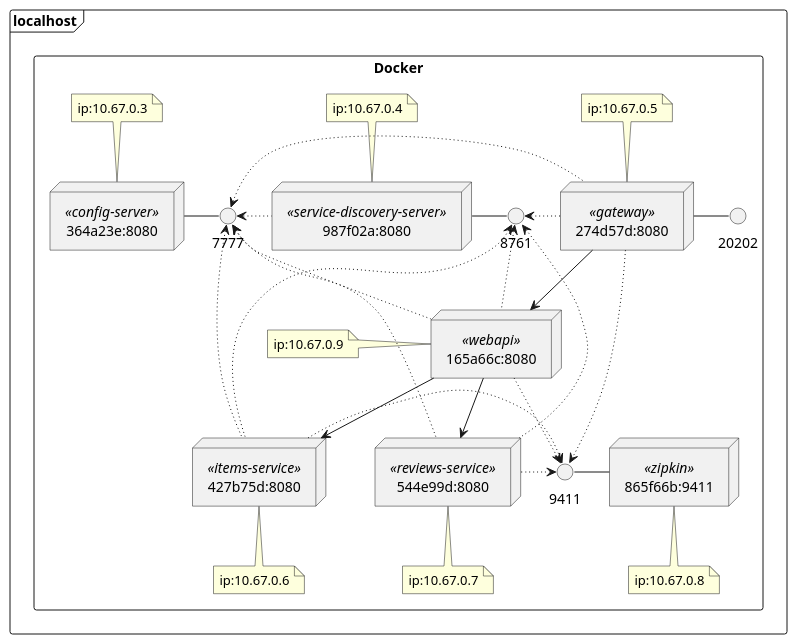
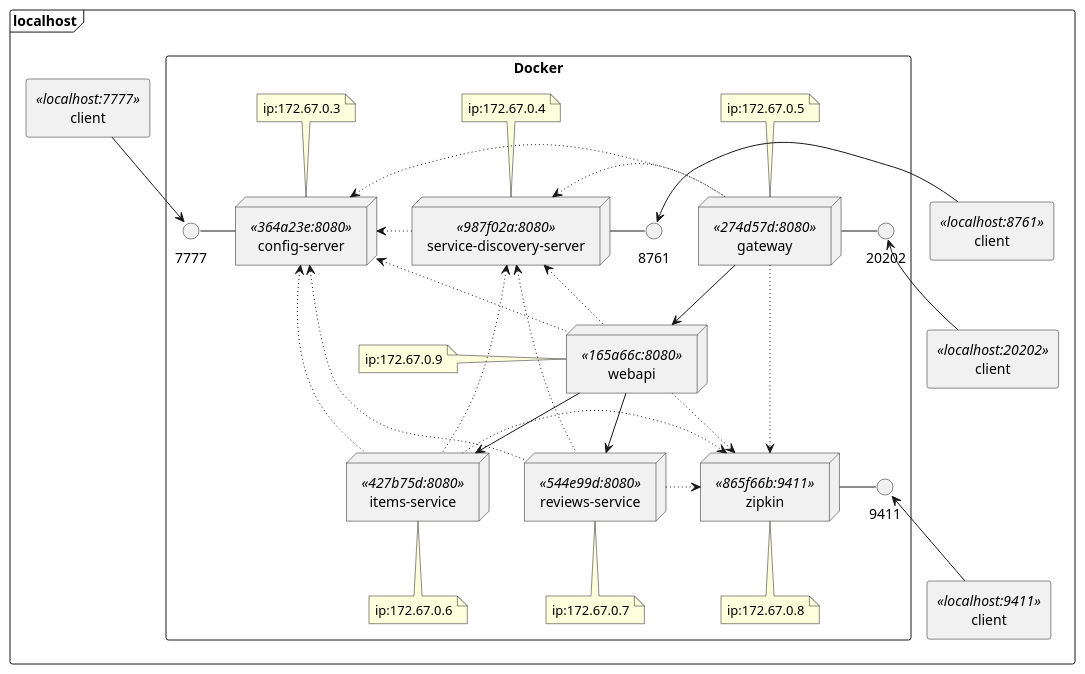
The diagram in guide/puml/docker-run-services.puml (kenalexandersson/acorn-microservices-tutorial), drawn with PlantUML before and after one commit. The commit also changed 2 other files, not shown here.

```diff
--- a/guide/puml/docker-run-services.puml
+++ b/guide/puml/docker-run-services.puml
@@ -1,65 +1,74 @@
 @startuml
 
 skinparam shadowing false
 
 frame localhost {
 
+    agent client <<localhost:20202>> as gatewayclient
+    agent client <<localhost:7777>> as csclient
+    agent client <<localhost:8761>> as sdsclient
+    agent client <<localhost:9411>> as zipclient
+
     rectangle Docker {
 
-        node 364a23e:8080 <<config-server>> as cs {
+        node config-server <<364a23e:8080>> as cs {
         }
-        node 987f02a:8080 <<service-discovery-server>> as sds {
+        node service-discovery-server <<987f02a:8080>> as sds {
         }
-        node 274d57d:8080 <<gateway>> as gateway {
+        node gateway <<274d57d:8080>> as gateway {
         }
-        node 165a66c:8080 <<webapi>> as webapi {
+        node webapi <<165a66c:8080>> as webapi {
         }
-        node 427b75d:8080 <<items-service>> as is {
+        node items-service <<427b75d:8080>> as is {
         }
-        node 544e99d:8080 <<reviews-service>> as rs {
+        node reviews-service <<544e99d:8080>> as rs {
         }
-        node 865f66b:9411 <<zipkin>> as zipkin {
+        node zipkin <<865f66b:9411>> as zipkin {
         }
 
         interface 20202 as gateport
-        interface 9411 as zipport
         interface 7777 as csport
         interface 8761 as sdsport
-        interface 8761 as sdsport
+        interface 9411 as zipport
 
         gateway - gateport
         zipkin -left- zipport
 
         cs - csport
-        csport <~ gateway
-        csport <~ webapi
-        csport <~ is
-        csport <~ rs
-        csport <~ sds
+        cs <~ gateway
+        cs <~ webapi
+        cs <~ is
+        cs <~ rs
+        cs <~ sds
 
         sds - sdsport
-        sdsport <~ gateway
-        sdsport <~ webapi
-        sdsport <~ is
-        sdsport <~ rs
+        sds <~ gateway
+        sds <~ webapi
+        sds <~ is
+        sds <~ rs
 
         gateway --> webapi
         webapi --> is
         webapi --> rs
 
-        gateway ~> zipport
-        webapi ~> zipport
-        is ~> zipport
-        rs ~> zipport
+        gateway ~> zipkin
+        webapi ~> zipkin
+        is ~> zipkin
+        rs ~> zipkin
 
-        note top of cs : ip:10.67.0.3
-        note top of sds : ip:10.67.0.4
-        note top of gateway : ip:10.67.0.5
-        note bottom of is : ip:10.67.0.6
-        note bottom of rs : ip:10.67.0.7
-        note bottom of zipkin : ip:10.67.0.8
-        note left of webapi : ip:10.67.0.9
+        note top of cs : ip:172.67.0.3
+        note top of sds : ip:172.67.0.4
+        note top of gateway : ip:172.67.0.5
+        note bottom of is : ip:172.67.0.6
+        note bottom of rs : ip:172.67.0.7
+        note bottom of zipkin : ip:172.67.0.8
+        note left of webapi : ip:172.67.0.9
     }
+
+    gatewayclient -up-> gateport
+    csclient --> csport
+    sdsclient -left-> sdsport
+    zipclient -up-> zipport
 }
 
 @enduml
```
